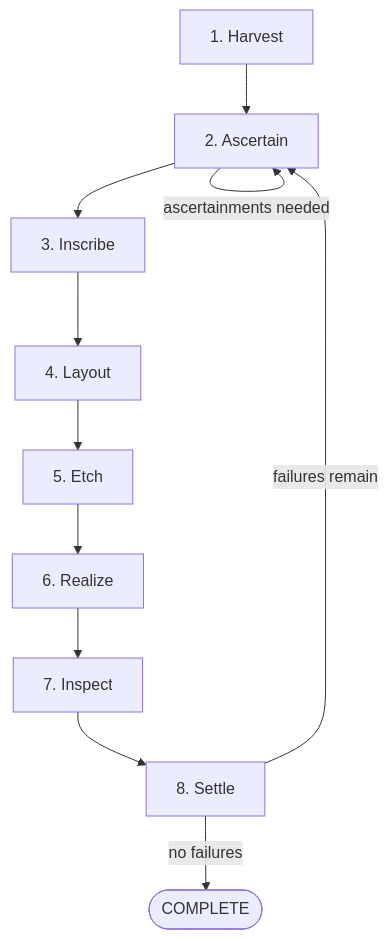
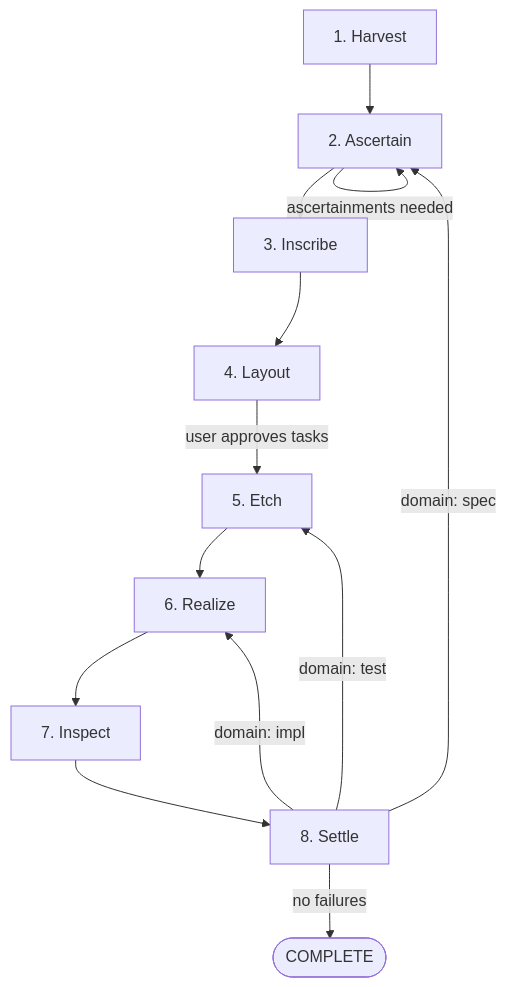
One commit to v0idbit/haileris changed the first of 4 diagrams in docs/diagrams/diagrams.md. Above: the diagram before and after it, drawn with Mermaid. The commit also changed other lines of this file and 6 other files, not shown here.

````diff
--- a/docs/diagrams/diagrams.md
+++ b/docs/diagrams/diagrams.md
@@ -5,22 +5,24 @@
 ```mermaid
 flowchart TD
     H[1. Harvest]
     A[2. Ascertain]
     I[3. Inscribe]
     L[4. Layout]
     E[5. Etch]
     R[6. Realize]
     IN[7. Inspect]
     S[8. Settle]
 
     H --> A
     A -->|ascertainments needed| A
     A --> I
     I --> L
-    L --> E
+    L -->|user approves tasks| E
     E --> R
     R --> IN
     IN --> S
-    S -->|failures remain| A
+    S -->|"domain: spec"| A
+    S -->|"domain: test"| E
+    S -->|"domain: impl"| R
     S -->|no failures| DONE([COMPLETE])
 ```
````
